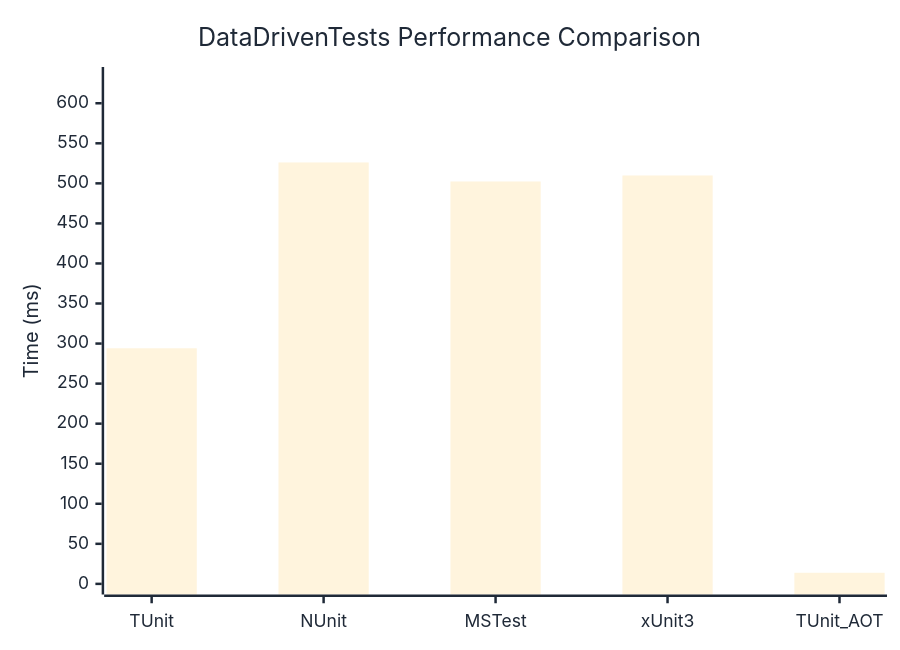
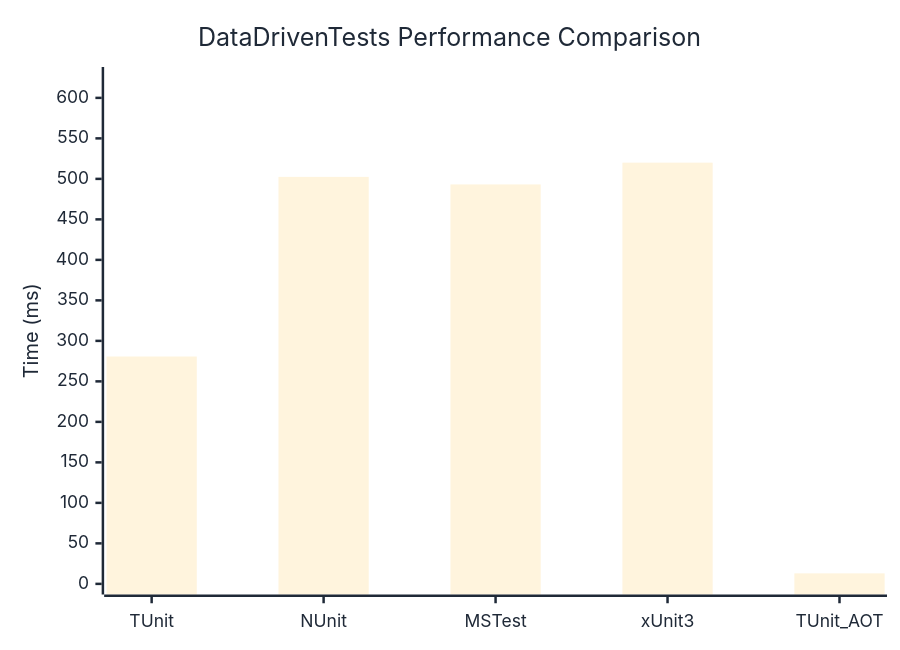
Before and after one commit to thomhurst/TUnit: the diagram in docs/docs/benchmarks/engine/DataDrivenTests.md, drawn with Mermaid. The commit also changed other lines of this file and 18 other files, not shown here.

````diff
--- a/docs/docs/benchmarks/engine/DataDrivenTests.md
+++ b/docs/docs/benchmarks/engine/DataDrivenTests.md
@@ -29,37 +29,37 @@
 ```mermaid
 %%{init: {
   'theme':'base',
   'themeVariables': {
     'primaryColor': '#2563eb',
     'primaryTextColor': '#1f2937',
     'primaryBorderColor': '#1e40af',
     'lineColor': '#6b7280',
     'secondaryColor': '#7c3aed',
     'tertiaryColor': '#dc2626',
     'background': '#ffffff',
     'mainBkg': '#2563eb',
     'secondBkg': '#7c3aed',
     'tertiaryBkg': '#dc2626',
     'clusterBkg': '#f3f4f6',
     'edgeLabelBackground': '#ffffff',
     'tertiaryTextColor': '#1f2937',
     'pie1': '#2563eb',
     'pie2': '#7c3aed',
     'pie3': '#dc2626',
     'pie4': '#f59e0b',
     'pie5': '#10b981',
     'pie6': '#06b6d4',
     'pie7': '#ec4899',
     'pie8': '#6366f1',
     'pie9': '#84cc16',
     'pie10': '#f97316',
     'pie11': '#14b8a6',
     'pie12': '#a855f7'
   }
 }}%%
 xychart-beta
   title "DataDrivenTests Performance Comparison"
   x-axis ["TUnit", "NUnit", "MSTest", "xUnit3", "TUnit_AOT"]
-  y-axis "Time (ms)" 0 --> 632
-  bar [294.12, 526.1, 502.35, 509.85, 13.87]
+  y-axis "Time (ms)" 0 --> 625
+  bar [280.7, 502.48, 493.15, 520.02, 12.99]
 ```
````
